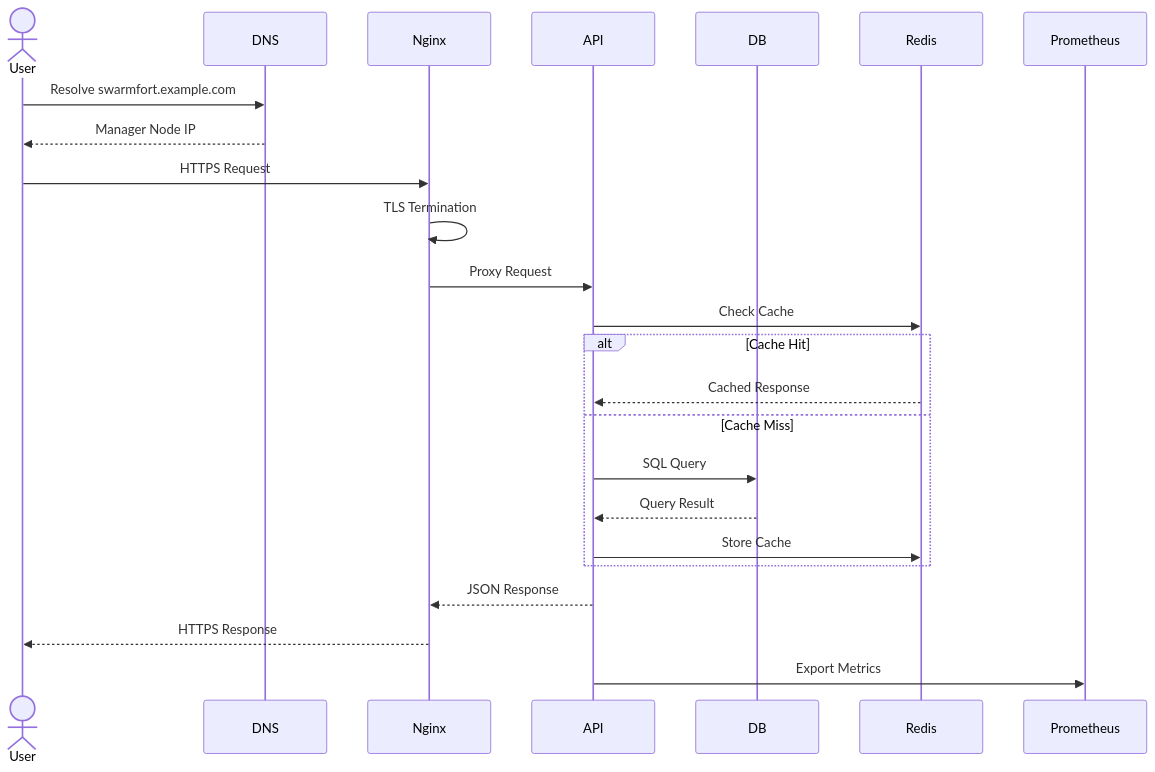
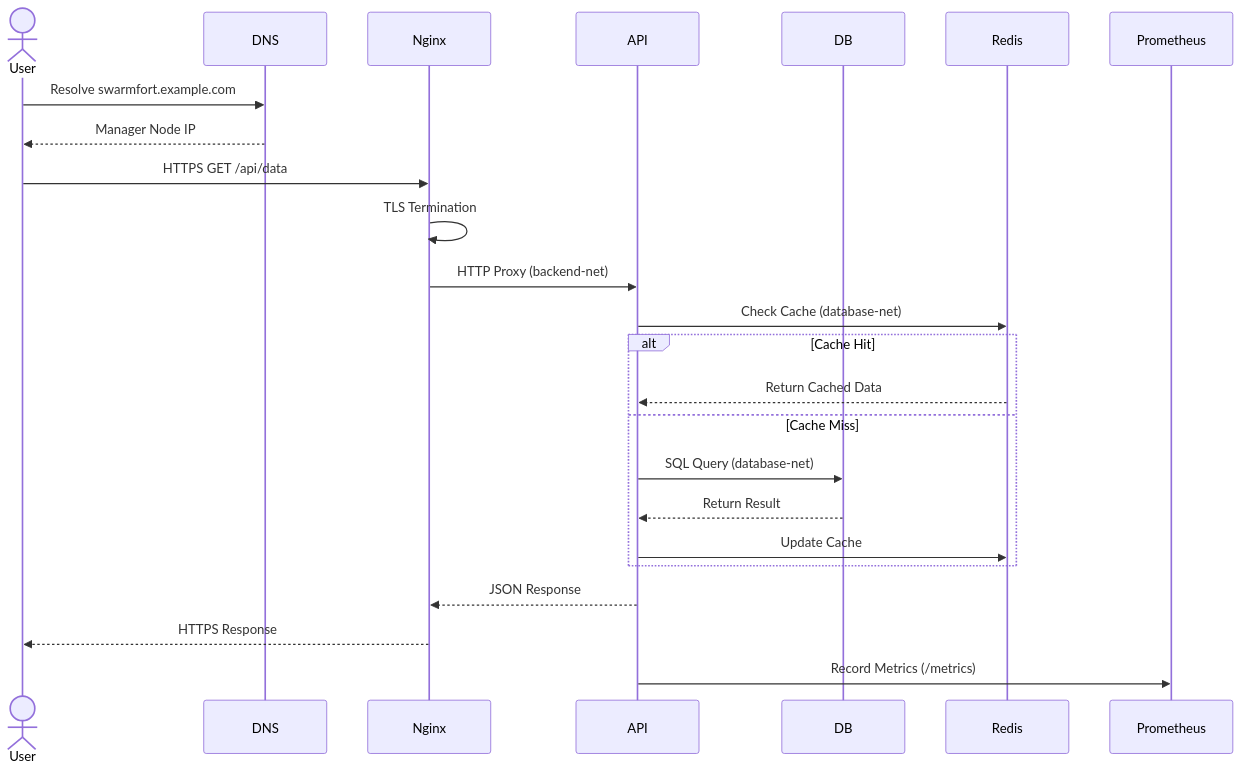
One commit to rajim59/SwarmFort changed the third of 5 diagrams in docs/architecture.md. Above: the diagram before and after it, drawn with Mermaid. The commit also changed other lines of this file, not shown here.

Commit message:
docs: document system architecture, component interactions and core design choices

````diff
--- a/docs/architecture.md
+++ b/docs/architecture.md
@@ -90,41 +117,27 @@
 ```mermaid
 sequenceDiagram
-
     actor User
-
     participant DNS
     participant Nginx
     participant API
     participant DB
     participant Redis
     participant Prometheus
 
     User->>DNS: Resolve swarmfort.example.com
     DNS-->>User: Manager Node IP
-
-    User->>Nginx: HTTPS Request
-
+    User->>Nginx: HTTPS GET /api/data
     Nginx->>Nginx: TLS Termination
-
-    Nginx->>API: Proxy Request
-
-    API->>Redis: Check Cache
-
+    Nginx->>API: HTTP Proxy (backend-net)
+    API->>Redis: Check Cache (database-net)
     alt Cache Hit
-
-        Redis-->>API: Cached Response
-
+        Redis-->>API: Return Cached Data
     else Cache Miss
-
-        API->>DB: SQL Query
-        DB-->>API: Query Result
-
-        API->>Redis: Store Cache
-
+        API->>DB: SQL Query (database-net)
+        DB-->>API: Return Result
+        API->>Redis: Update Cache
     end
-
     API-->>Nginx: JSON Response
     Nginx-->>User: HTTPS Response
-
-    API->>Prometheus: Export Metrics
+    API->>Prometheus: Record Metrics (/metrics)
 ```
````
